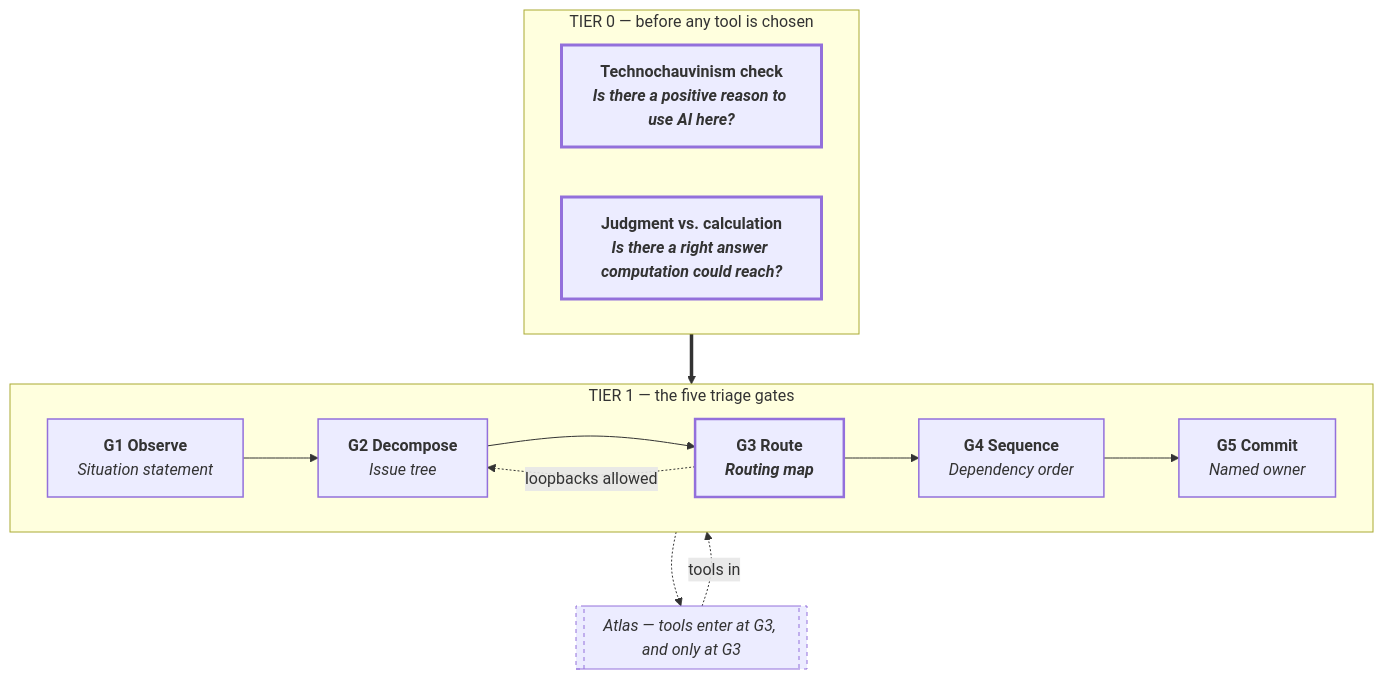
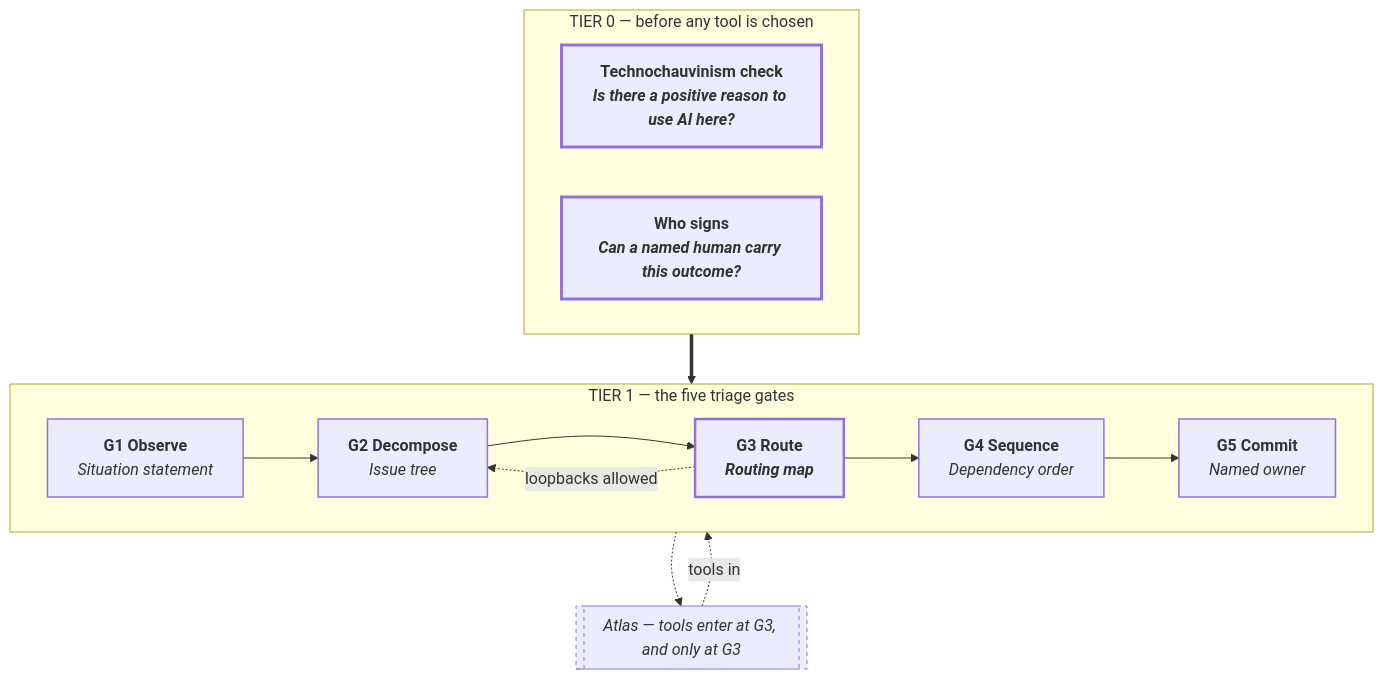
The diagram in docs/ch-3.md (saviranta/know-when-to-ai), drawn with Mermaid before and after one commit. The commit also changed other lines of this file and 4 other files, not shown here.

First line of the commit message:
Retire Weizenbaum's capability claim; rename gate 2 'Who Signs'

````diff
--- a/docs/ch-3.md
+++ b/docs/ch-3.md
@@ -11,28 +11,28 @@
 ```mermaid
 flowchart TD
   subgraph TIER0["TIER 0 &mdash; before any tool is chosen"]
     direction LR
     G0A["<b>Technochauvinism check</b><br/><i>Is there a positive reason to use AI here?</i>"]
-    G0B["<b>Judgment vs. calculation</b><br/><i>Is there a right answer computation could reach?</i>"]
+    G0B["<b>Who signs</b><br/><i>Can a named human carry this outcome?</i>"]
   end
 
   TIER0 ==> TIER1
 
   subgraph TIER1["TIER 1 &mdash; the five triage gates"]
     direction LR
     G1["<b>G1 Observe</b><br/><i>Situation statement</i>"] --> G2["<b>G2 Decompose</b><br/><i>Issue tree</i>"] --> G3["<b>G3 Route</b><br/><i>Routing map</i>"] --> G4["<b>G4 Sequence</b><br/><i>Dependency order</i>"] --> G5["<b>G5 Commit</b><br/><i>Named owner</i>"]
     G3 -. "loopbacks allowed" .-> G2
   end
 
   TIER1 -.-> ATLAS[["Atlas &mdash; tools enter at G3, and only at G3"]]
   ATLAS -. "tools in" .-> G3
 
   classDef tier0Gate stroke-width:3px,font-weight:bold;
   classDef tier1Gate stroke-width:1.5px;
   classDef loadBearing stroke-width:2.5px,font-weight:bold;
   classDef atlasNote stroke-dasharray:4 4,stroke-width:1px,font-style:italic;
   class G0A,G0B tier0Gate;
   class G1,G2,G4,G5 tier1Gate;
   class G3 loadBearing;
   class ATLAS atlasNote;
 ```
````
